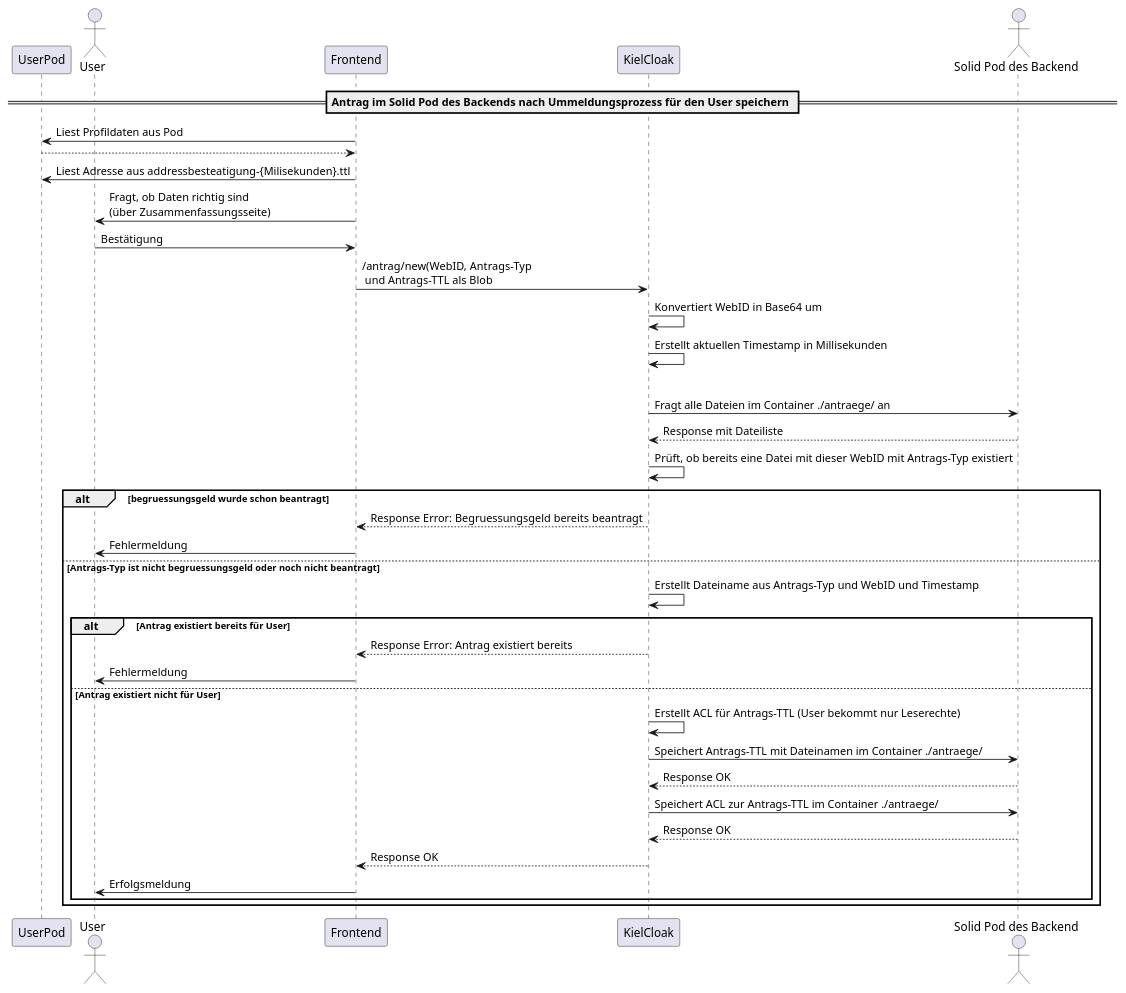
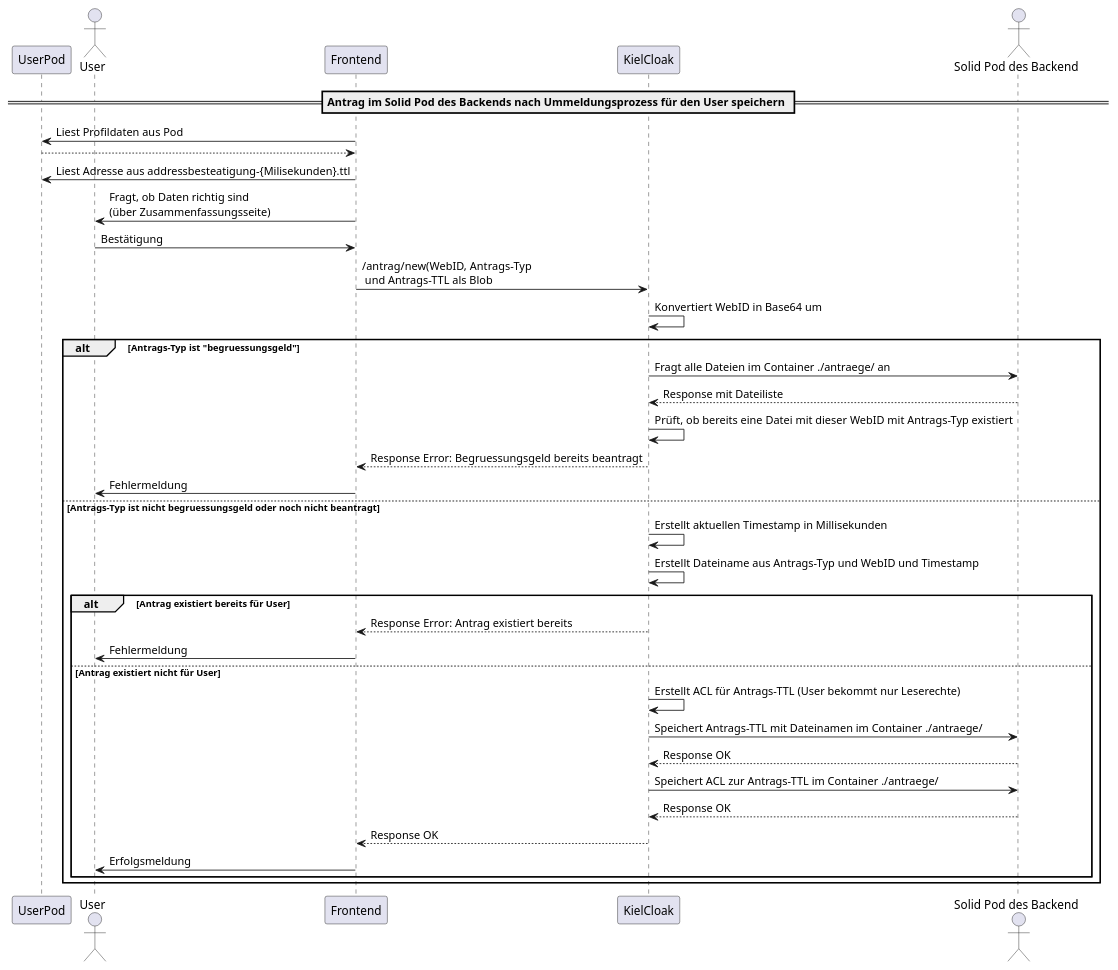
The diagram in Dokumentation/Sequenzdiagramm_antrag-new.plantuml (kimkevin-cloud/kielcloak), drawn with PlantUML before and after one commit.

Commit message:
fix: remove else from diagram

```diff
--- a/Dokumentation/Sequenzdiagramm_antrag-new.plantuml
+++ b/Dokumentation/Sequenzdiagramm_antrag-new.plantuml
@@ -1,42 +1,40 @@
 @startuml Adresse an Dritten nach Ummeldungsprozess weiterleiten
 
 participant UserPod
 actor User
 participant Frontend
 participant KielCloak
 actor "Solid Pod des Backend" as KielPod
 
 == Antrag im Solid Pod des Backends nach Ummeldungsprozess für den User speichern ==
 
 Frontend -> UserPod : Liest Profildaten aus Pod
 UserPod --> Frontend
 Frontend -> UserPod : Liest Adresse aus addressbesteatigung-{Milisekunden}.ttl
 Frontend -> User : Fragt, ob Daten richtig sind\n(über Zusammenfassungsseite)
 User -> Frontend : Bestätigung
 Frontend -> KielCloak : /antrag/new(WebID, Antrags-Typ \n und Antrags-TTL als Blob
-
 KielCloak -> KielCloak : Konvertiert WebID in Base64 um
-KielCloak -> KielCloak: Erstellt aktuellen Timestamp in Millisekunden
 alt Antrags-Typ ist "begruessungsgeld"
     KielCloak -> KielPod: Fragt alle Dateien im Container ./antraege/ an
     KielPod --> KielCloak: Response mit Dateiliste
     KielCloak -> KielCloak: Prüft, ob bereits eine Datei mit dieser WebID mit Antrags-Typ existiert
-    alt begruessungsgeld wurde schon beantragt
         KielCloak --> Frontend : Response Error: Begruessungsgeld bereits beantragt
         Frontend -> User : Fehlermeldung
     else Antrags-Typ ist nicht begruessungsgeld oder noch nicht beantragt
+    KielCloak -> KielCloak: Erstellt aktuellen Timestamp in Millisekunden
     KielCloak -> KielCloak : Erstellt Dateiname aus Antrags-Typ und WebID und Timestamp
     alt Antrag existiert bereits für User
         KielCloak --> Frontend : Response Error: Antrag existiert bereits
         Frontend -> User : Fehlermeldung
     else Antrag existiert nicht für User
       KielCloak -> KielCloak : Erstellt ACL für Antrags-TTL (User bekommt nur Leserechte)
         KielCloak -> KielPod : Speichert Antrags-TTL mit Dateinamen im Container ./antraege/
         KielPod --> KielCloak : Response OK
         KielCloak -> KielPod : Speichert ACL zur Antrags-TTL im Container ./antraege/
         KielPod --> KielCloak : Response OK
         KielCloak --> Frontend : Response OK
         Frontend -> User : Erfolgsmeldung
     end
 end
 @enduml
```
